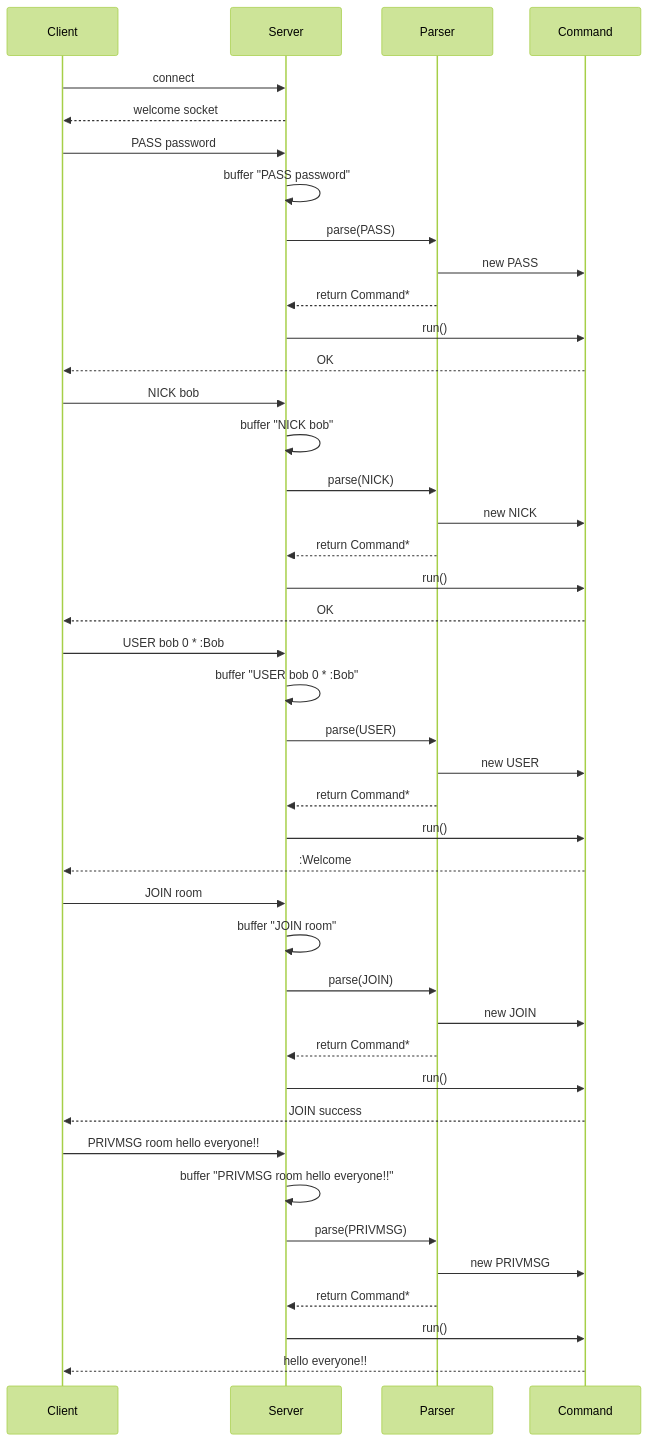
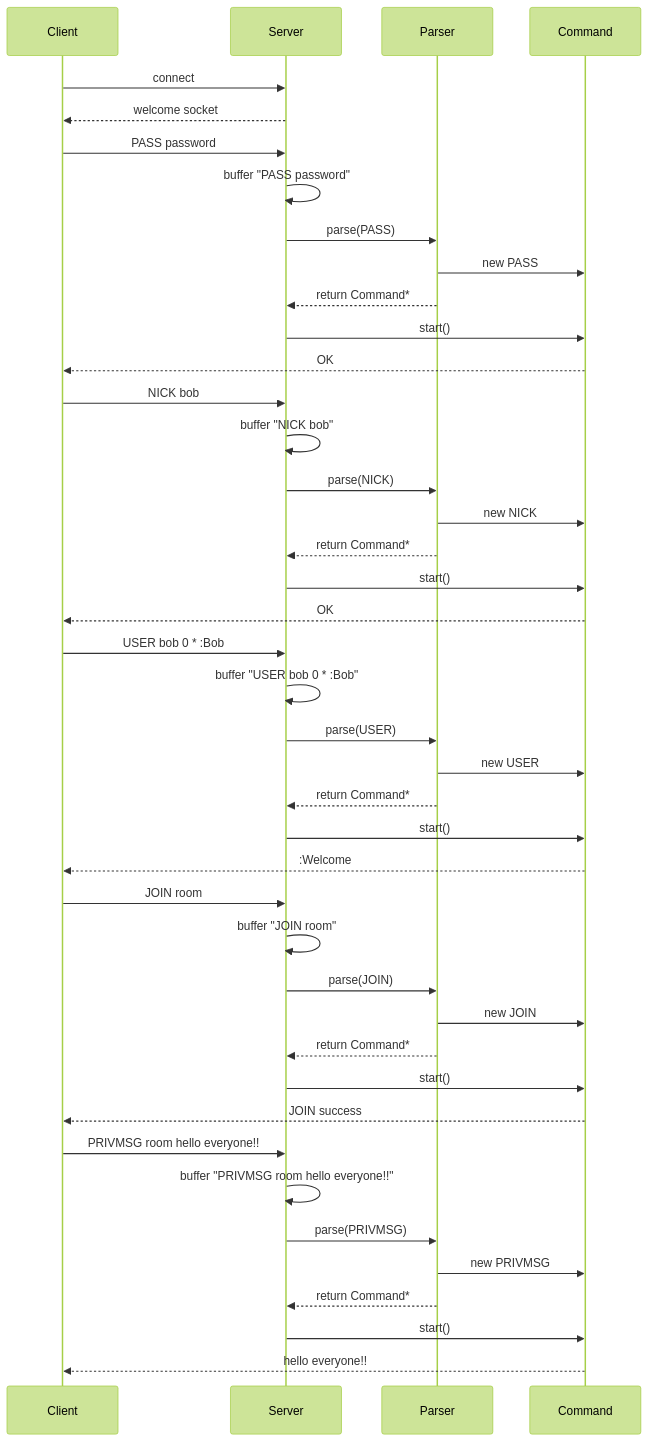
Before and after one commit to QWERTOP18/IRC: the diagram in DOCS/SequenceDiagram.md, drawn with Mermaid (forest theme). The commit also changed 41 other files, not shown here.

First line of the commit message:
Refactor command handling: Rename run() to start() and implement parse() method

````diff
--- a/DOCS/SequenceDiagram.md
+++ b/DOCS/SequenceDiagram.md
@@ -1,52 +1,52 @@
 ```mermaid
 sequenceDiagram
 
     participant Client
     participant Server
     participant Parser
     participant Command
 
     Client->>Server: connect
     Server-->>Client: welcome socket
 
     Client->>Server: PASS password
     Server->>Server: buffer "PASS password"
     Server->>Parser: parse(PASS)
     Parser->>Command: new PASS
     Parser-->>Server: return Command*
-    Server->>Command: run()
+    Server->>Command: start()
     Command-->>Client: OK
 
     Client->>Server: NICK bob
     Server->>Server: buffer "NICK bob"
     Server->>Parser: parse(NICK)
     Parser->>Command: new NICK
     Parser-->>Server: return Command*
-    Server->>Command: run()
+    Server->>Command: start()
     Command-->>Client: OK
 
     Client->>Server: USER bob 0 * :Bob
     Server->>Server: buffer "USER bob 0 * :Bob"
     Server->>Parser: parse(USER)
     Parser->>Command: new USER
     Parser-->>Server: return Command*
-    Server->>Command: run()
+    Server->>Command: start()
     Command-->>Client: :Welcome
 
     Client->>Server: JOIN room
     Server->>Server: buffer "JOIN room"
     Server->>Parser: parse(JOIN)
     Parser->>Command: new JOIN
     Parser-->>Server: return Command*
-    Server->>Command: run()
+    Server->>Command: start()
     Command-->>Client: JOIN success
 
     Client->>Server: PRIVMSG room hello everyone!!
     Server->>Server: buffer "PRIVMSG room hello everyone!!"
     Server->>Parser: parse(PRIVMSG)
     Parser->>Command: new PRIVMSG
     Parser-->>Server: return Command*
-    Server->>Command: run()
+    Server->>Command: start()
     Command-->>Client: hello everyone!!
 
 ```
````
